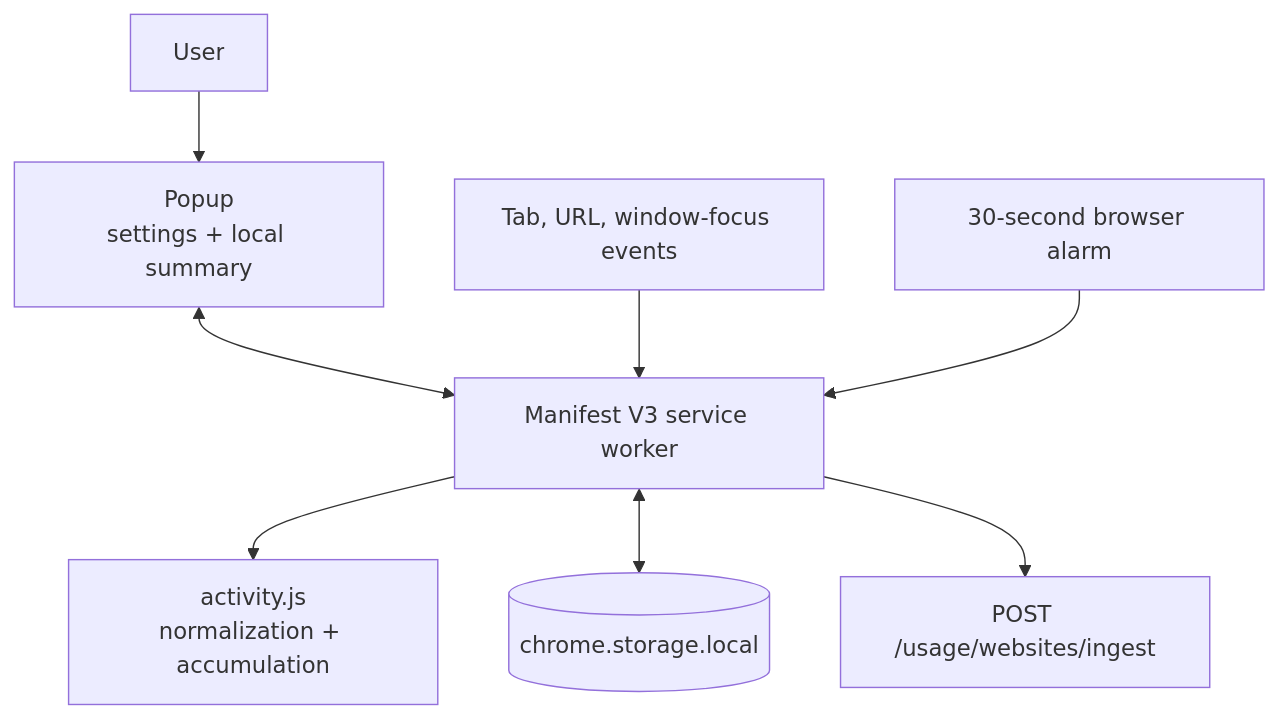
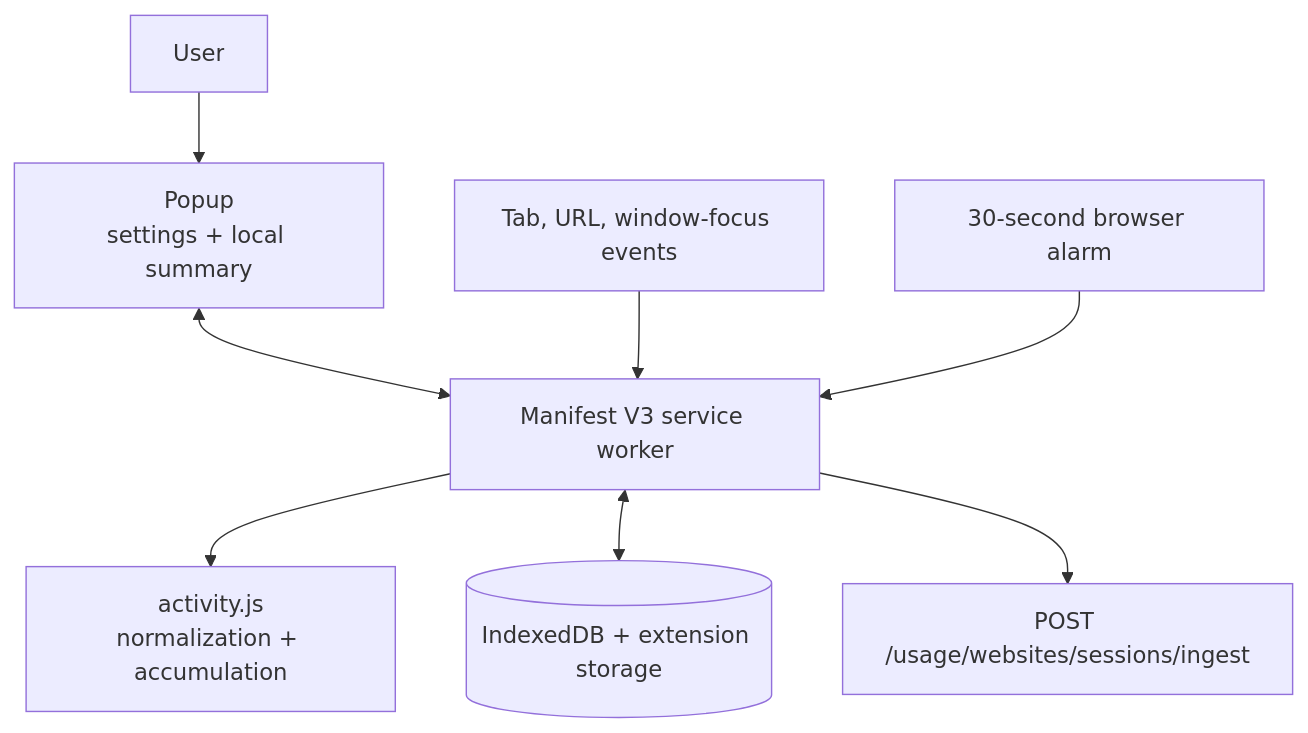
One commit to huynguyen1999/itu changed the first of 3 diagrams in agent_docs/architectures/extension.md. Above: the diagram before and after it, drawn with Mermaid. The commit also changed other lines of this file and 330 other files, not shown here.

````diff
--- a/agent_docs/architectures/extension.md
+++ b/agent_docs/architectures/extension.md
@@ -36,19 +37,19 @@
 ```mermaid
 flowchart TB
     User["User"]
     Popup["Popup\nsettings + local summary"]
     Worker["Manifest V3 service worker"]
     Events["Tab, URL, window-focus events"]
     Alarm["30-second browser alarm"]
     Logic["activity.js\nnormalization + accumulation"]
-    Local[("chrome.storage.local")]
-    API["POST /usage/websites/ingest"]
+    Local[("IndexedDB + extension storage")]
+    API["POST /usage/websites/sessions/ingest"]
 
     User --> Popup
     Popup <--> Worker
     Events --> Worker
     Alarm --> Worker
     Worker --> Logic
     Worker <--> Local
     Worker --> API
 ```
````
